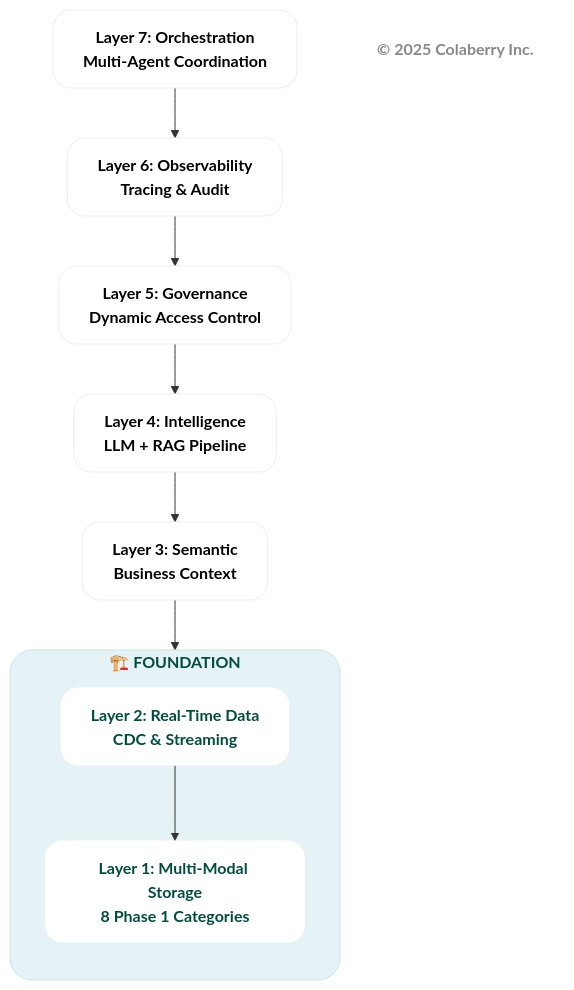
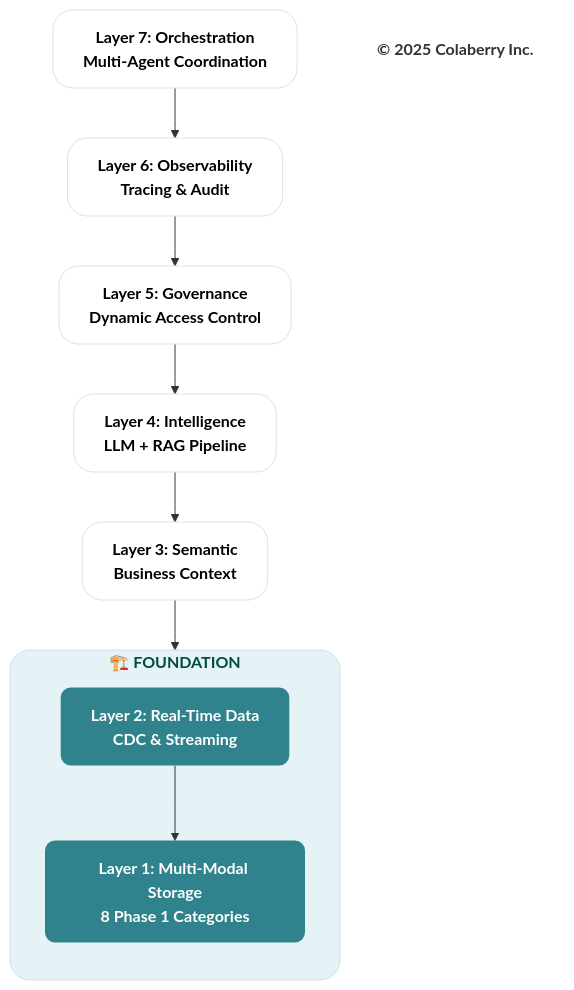
Before and after one commit to saitejesh-cyber/trust-before-intelligence-book: the third of 11 diagrams in manuscript/05_chapter_4_foundation_layers.md, drawn with Mermaid. The commit also changed other lines of this file and 4 other files, not shown here.

````diff
--- a/manuscript/05_chapter_4_foundation_layers.md
+++ b/manuscript/05_chapter_4_foundation_layers.md
@@ -138,30 +138,30 @@
 ```mermaid
 graph TB
     L7["<b>Layer 7: Orchestration</b><br/><b>Multi-Agent Coordination</b>"]
     L6["<b>Layer 6: Observability</b><br/><b>Tracing & Audit</b>"]
     L5["<b>Layer 5: Governance</b><br/><b>Dynamic Access Control</b>"]
     L4["<b>Layer 4: Intelligence</b><br/><b>LLM + RAG Pipeline</b>"]
     L3["<b>Layer 3: Semantic</b><br/><b>Business Context</b>"]
     
     subgraph FOUNDATION["<b>🏗️ FOUNDATION</b>"]
         direction TB
         L2["<b>Layer 2: Real-Time Data</b><br/><b>CDC & Streaming</b>"]
         L1["<b>Layer 1: Multi-Modal Storage</b><br/><b>8 Phase 1 Categories</b>"]
     end
     
     Copyright["<b>© 2025 Colaberry Inc.</b>"]
     
     L7 --> L6 --> L5 --> L4 --> L3
     L3 --> L2 --> L1
     
-    style L7 fill:#ffffff,stroke:#eeeeee,stroke-width:1px,color:#000000,rx:18,ry:18
-    style L6 fill:#ffffff,stroke:#eeeeee,stroke-width:1px,color:#000000,rx:18,ry:18
-    style L5 fill:#ffffff,stroke:#eeeeee,stroke-width:1px,color:#000000,rx:18,ry:18
-    style L4 fill:#ffffff,stroke:#eeeeee,stroke-width:1px,color:#000000,rx:18,ry:18
-    style L3 fill:#ffffff,stroke:#eeeeee,stroke-width:1px,color:#000000,rx:18,ry:18
-    style FOUNDATION fill:#e6f3f6,stroke:#c7e3ea,stroke-width:1px,color:#004d40,rx:22,ry:22
-    style L2 fill:#ffffff,stroke:none,color:#004d40,rx:18,ry:18
-    style L1 fill:#ffffff,stroke:none,color:#004d40,rx:18,ry:18
-    style Copyright fill:none,stroke:none,color:#888888
+    style L7 fill:#ffffff,stroke:#e0e0e0,stroke-width:1px,color:#000000,rx:20,ry:20
+    style L6 fill:#ffffff,stroke:#e0e0e0,stroke-width:1px,color:#000000,rx:20,ry:20
+    style L5 fill:#ffffff,stroke:#e0e0e0,stroke-width:1px,color:#000000,rx:20,ry:20
+    style L4 fill:#ffffff,stroke:#e0e0e0,stroke-width:1px,color:#000000,rx:20,ry:20
+    style L3 fill:#ffffff,stroke:#e0e0e0,stroke-width:1px,color:#000000,rx:20,ry:20
+    style FOUNDATION fill:#e6f3f6,stroke:#c7e3ea,stroke-width:1px,color:#004d40,rx:20,ry:20
+    style L2 fill:#30838C,stroke:none,color:#ffffff,rx:10,ry:10
+    style L1 fill:#30838C,stroke:none,color:#ffffff,rx:10,ry:10
+    style Copyright fill:none,stroke:none,color:#333333
 
 ```
````
